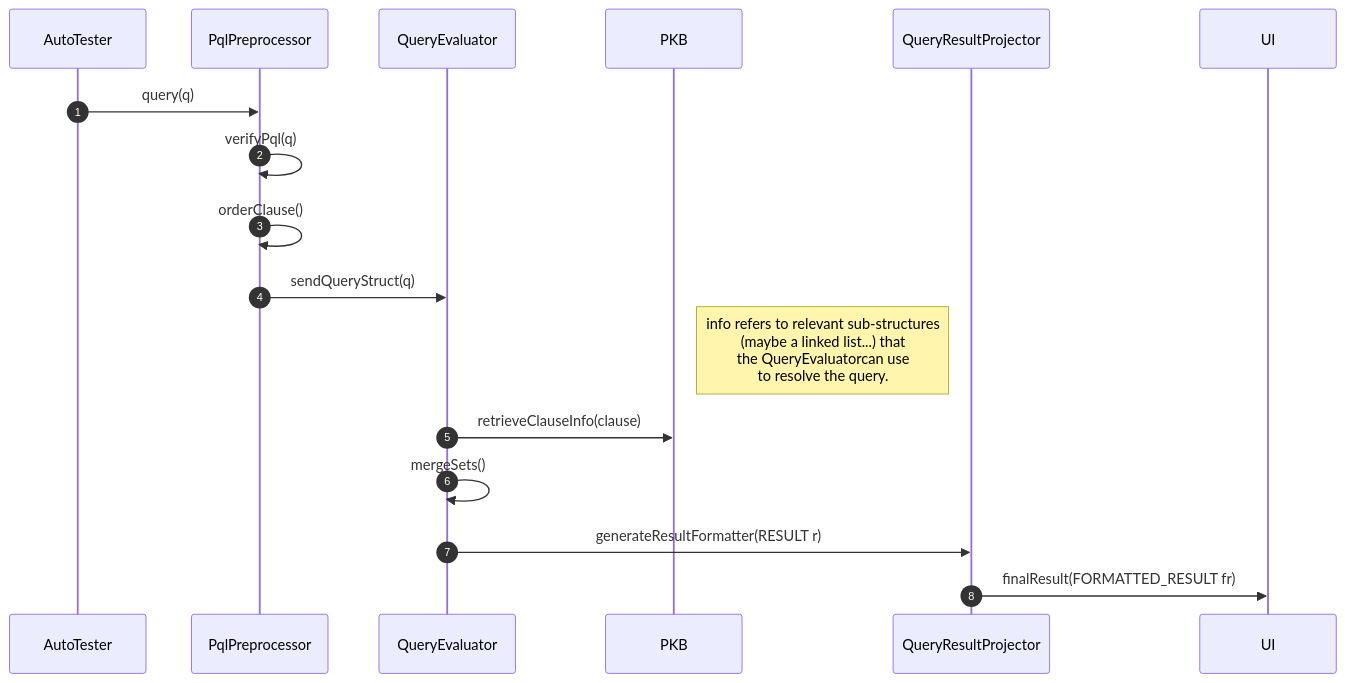
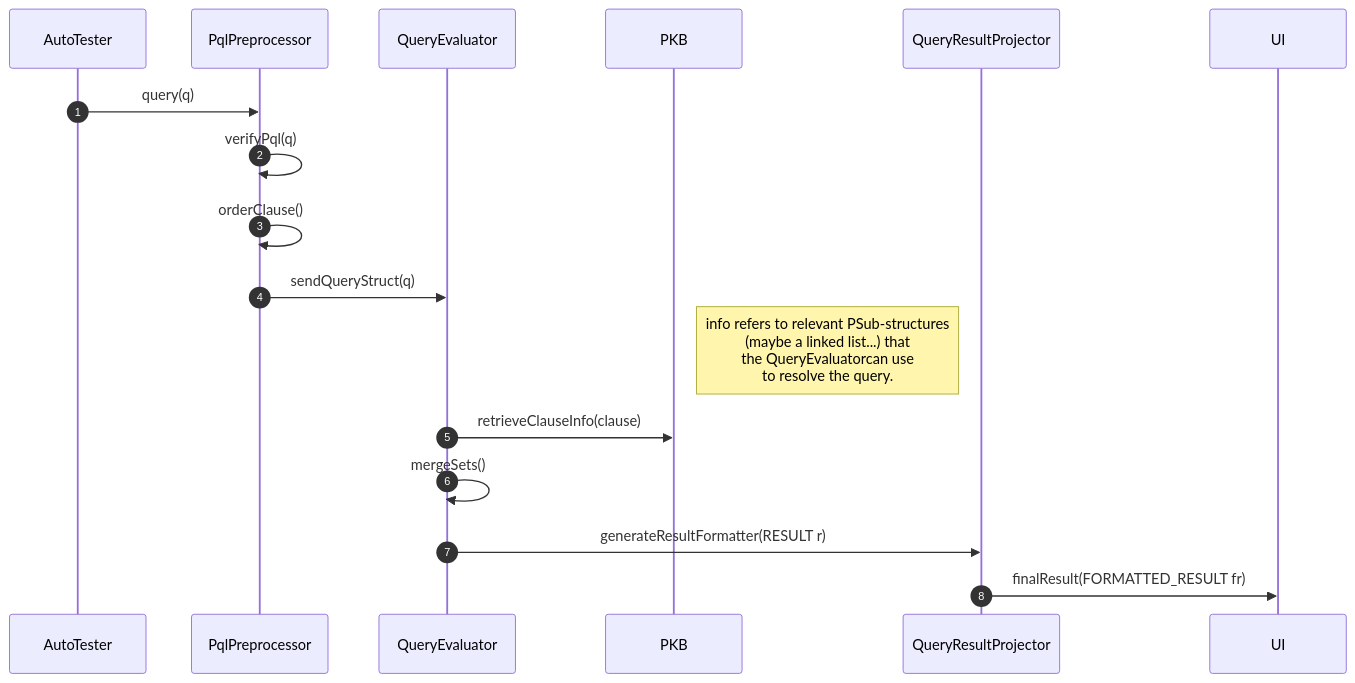
The diagram in docs/sd/queries.mmd (rtshkmr/CS3203-StaticProgramAnalyzer), drawn with Mermaid before and after one commit. The commit also changed 3 other files, not shown here.

First line of the commit message:
Add detailed sequence diagram for source processing

```diff
--- a/docs/sd/queries.mmd
+++ b/docs/sd/queries.mmd
@@ -1,23 +1,23 @@
 sequenceDiagram
     autonumber
     participant AutoTester
     participant PqlPreprocessor
     participant QueryEvaluator
     participant PKB
     participant QueryResultProjector
     participant UI
 
     %% This sd is for per query (PQL statement) basis. 
     AutoTester ->> PqlPreprocessor: query(q)
     PqlPreprocessor->>PqlPreprocessor: verifyPql(q)
     PqlPreprocessor->>PqlPreprocessor: orderClause()
     PqlPreprocessor->>QueryEvaluator: sendQueryStruct(q)
     
     %% Refer to query_evaluation_pkb.mmd
-    note right of PKB: info refers to relevant sub-structures <br/> (maybe a linked list...) that <br/> the QueryEvaluatorcan use <br/> to resolve the query.
+    note right of PKB: info refers to relevant PSub-structures <br/> (maybe a linked list...) that <br/> the QueryEvaluatorcan use <br/> to resolve the query.
     QueryEvaluator->>PKB: retrieveClauseInfo(clause) 
     
     %% MergeSets() represents union, intersect, join between the different clauses results. 
     QueryEvaluator ->>QueryEvaluator:mergeSets() 
     QueryEvaluator ->>QueryResultProjector: generateResultFormatter(RESULT r)
     QueryResultProjector ->> UI: finalResult(FORMATTED_RESULT fr)
```
